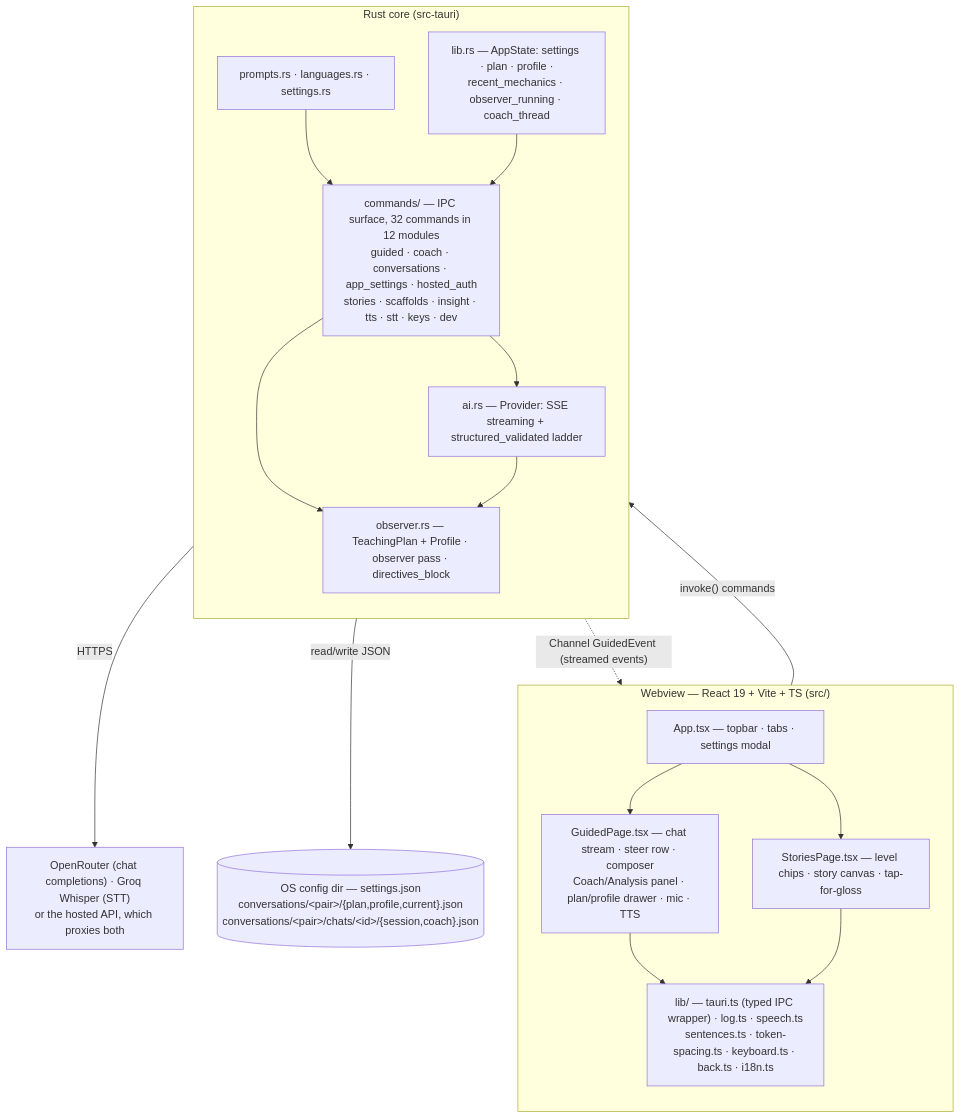
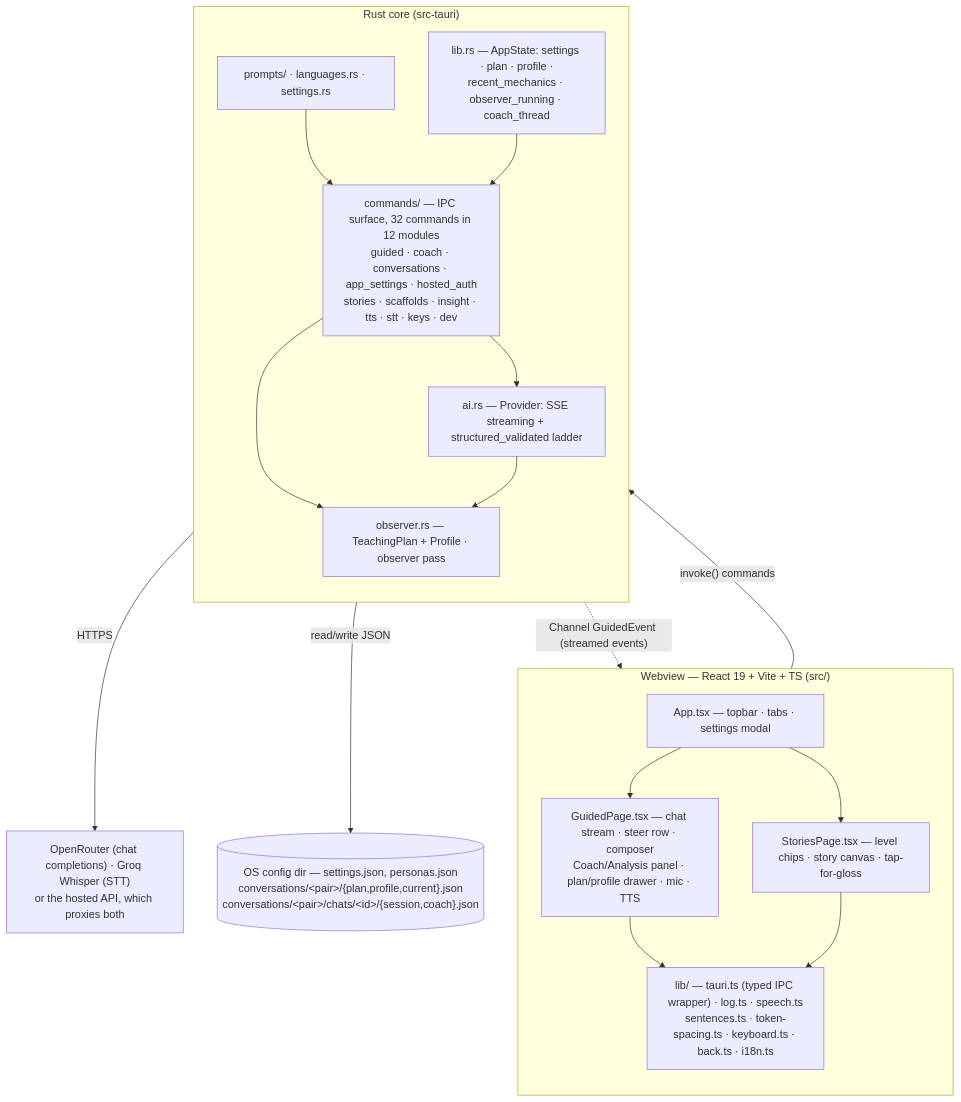
The first of 2 diagrams in skellyspeak-docs/docs/architecture.md (freemocap/skellyspeak), drawn with Mermaid before and after one commit. The commit also changed other lines of this file and 56 other files, not shown here.

````diff
--- a/skellyspeak-docs/docs/architecture.md
+++ b/skellyspeak-docs/docs/architecture.md
@@ -14,36 +14,36 @@
 ```mermaid
 flowchart TB
     subgraph WEB["Webview — React 19 + Vite + TS (src/)"]
         direction TB
         APP["App.tsx — topbar · tabs · settings modal"]
         GUIDED["GuidedPage.tsx — chat stream · steer row · composer<br/>Coach/Analysis panel · plan/profile drawer · mic · TTS"]
         STORIES["StoriesPage.tsx — level chips · story canvas · tap-for-gloss"]
         LIB["lib/ — tauri.ts (typed IPC wrapper) · log.ts · speech.ts<br/>sentences.ts · token-spacing.ts · keyboard.ts · back.ts · i18n.ts"]
         APP --> GUIDED
         APP --> STORIES
         GUIDED --> LIB
         STORIES --> LIB
     end
 
     subgraph CORE["Rust core (src-tauri)"]
         direction TB
         CMD["commands/ — IPC surface, 32 commands in 12 modules<br/>guided · coach · conversations · app_settings · hosted_auth<br/>stories · scaffolds · insight · tts · stt · keys · dev"]
         STATE["lib.rs — AppState: settings · plan · profile ·<br/>recent_mechanics · observer_running · coach_thread"]
         AI["ai.rs — Provider: SSE streaming + structured_validated ladder"]
-        OBS["observer.rs — TeachingPlan + Profile · observer pass · directives_block"]
-        SUP["prompts.rs · languages.rs · settings.rs"]
+        OBS["observer.rs — TeachingPlan + Profile · observer pass"]
+        SUP["prompts/ · languages.rs · settings.rs"]
         CMD --> AI
         CMD --> OBS
         AI --> OBS
         SUP --> CMD
         STATE --> CMD
     end
 
     NET["OpenRouter (chat completions) · Groq Whisper (STT)<br/>or the hosted API, which proxies both"]
-    DISK[("OS config dir — settings.json<br/>conversations/&lt;pair&gt;/{plan,profile,current}.json<br/>conversations/&lt;pair&gt;/chats/&lt;id&gt;/{session,coach}.json")]
+    DISK[("OS config dir — settings.json, personas.json<br/>conversations/&lt;pair&gt;/{plan,profile,current}.json<br/>conversations/&lt;pair&gt;/chats/&lt;id&gt;/{session,coach}.json")]
 
     LIB -->|"invoke() commands"| CMD
     CMD -.->|"Channel GuidedEvent (streamed events)"| LIB
     AI -->|"HTTPS"| NET
     CMD -->|"read/write JSON"| DISK
 ```
````
